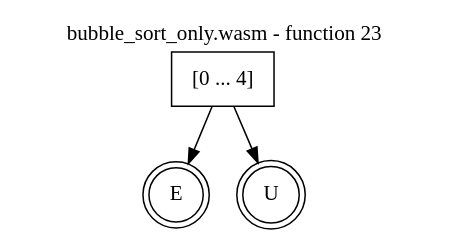
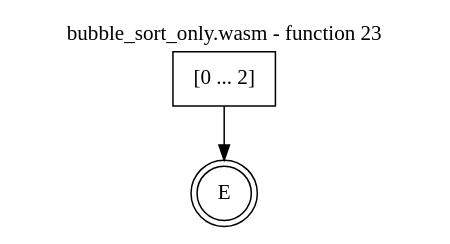
The diagram in test_cases/bubble_sort_only/bubble_sort_only-funcs/bubble_sort_only-func23-e.dot (jsCarleton/wanalyze), drawn with Graphviz before and after one commit. The commit also changed 46 other files, not shown here.

```diff
--- a/test_cases/bubble_sort_only/bubble_sort_only-funcs/bubble_sort_only-func23-e.dot
+++ b/test_cases/bubble_sort_only/bubble_sort_only-funcs/bubble_sort_only-func23-e.dot
@@ -1,12 +1,11 @@
 digraph finite_state_machine {
     label = "bubble_sort_only.wasm - function 23"
     labelloc =  t
     labelfontsize = 16
     labelfontcolor = black
     labelfontname = "Helvetica"
-    node [shape = doublecircle]; E U ;
+    node [shape = doublecircle]; E ;
     node [shape = box];
-    node [shape=box, color=black, style=solid] 0[label="[0 ... 4]"]
+    node [shape=box, color=black, style=solid] 0[label="[0 ... 2]"]
     0 -> E;
-    0 -> U;
 }
```
